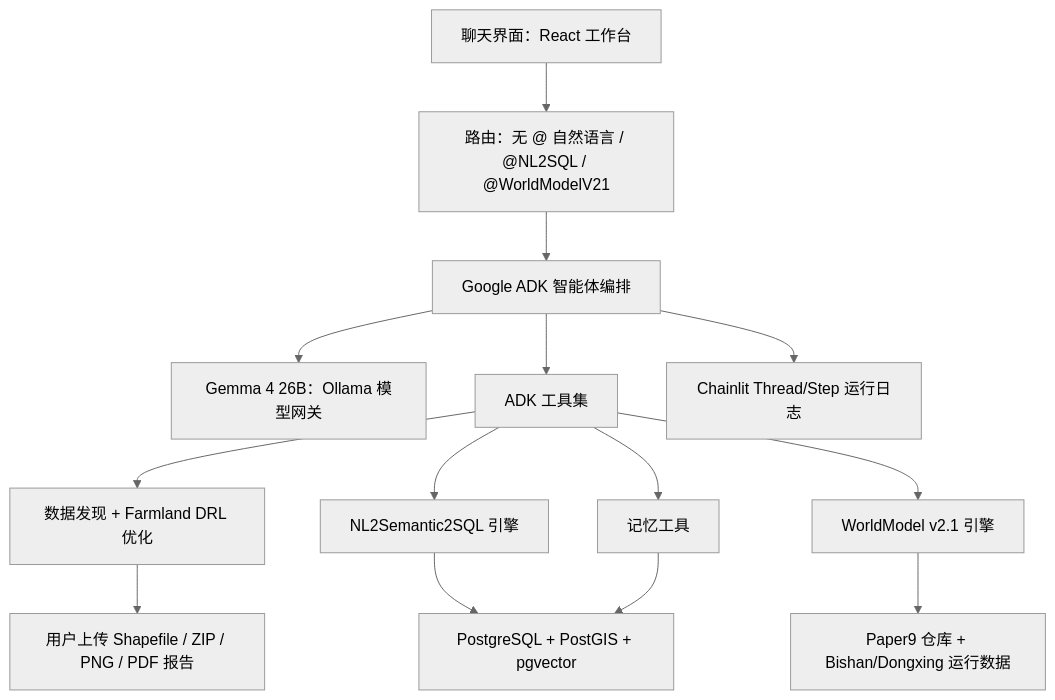
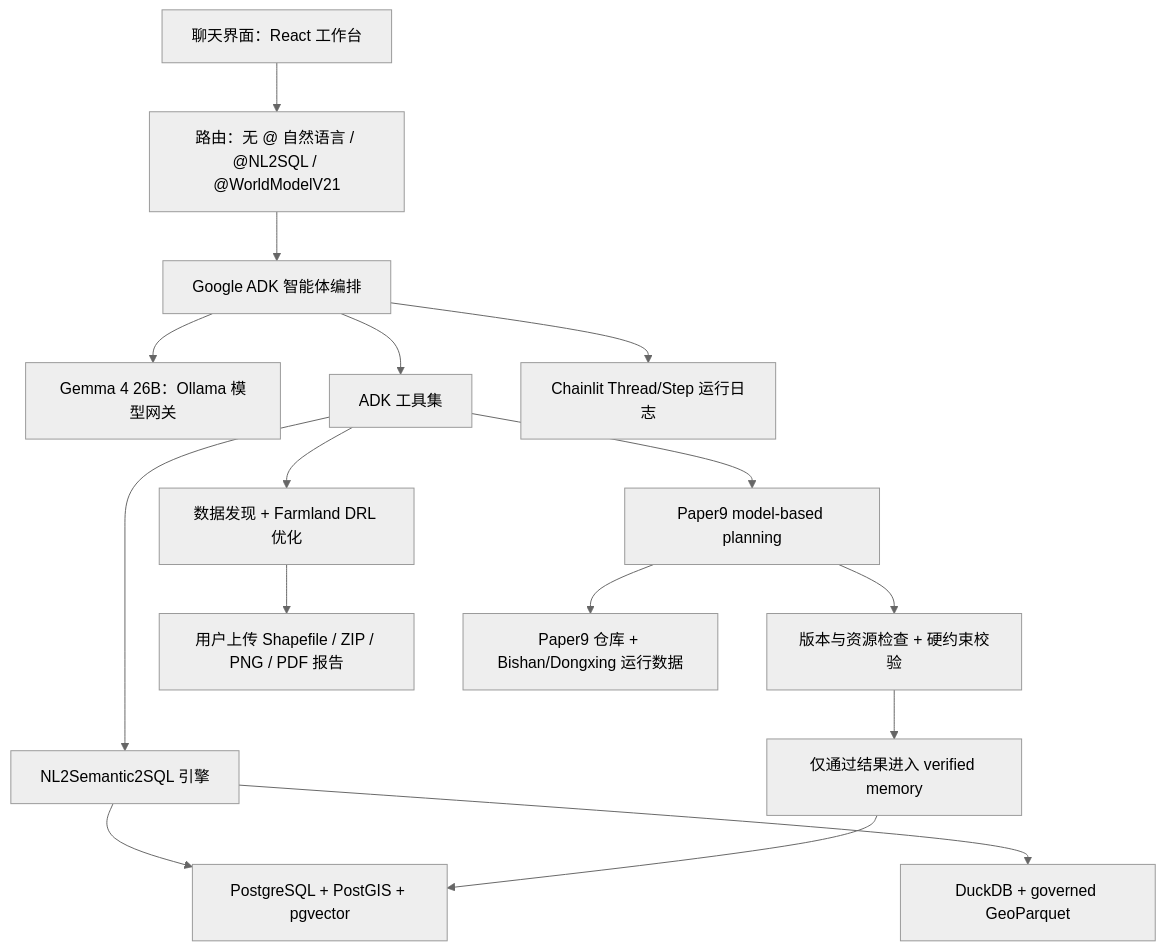
One commit to zhouning/gisdataagent changed the diagram in README.md. Above: the diagram before and after it, drawn with Mermaid (neutral theme). The commit also changed other lines of this file and 1402 other files, not shown here.

````diff
--- a/README.md
+++ b/README.md
@@ -200,16 +258,18 @@
 ```mermaid
 flowchart TB
   U["聊天界面：React 工作台"] --> R["路由：无 @ 自然语言 / @NL2SQL / @WorldModelV21"]
   R --> A["Google ADK 智能体编排"]
   A --> M["Gemma 4 26B：Ollama 模型网关"]
   A --> T["ADK 工具集"]
   T --> F["数据发现 + Farmland DRL 优化"]
   T --> N["NL2Semantic2SQL 引擎"]
-  T --> W["WorldModel v2.1 引擎"]
-  T --> MEM["记忆工具"]
+  T --> W["Paper9 model-based planning"]
+  W --> G["版本与资源检查 + 硬约束校验"]
+  G --> MEM["仅通过结果进入 verified memory"]
   F --> FS1["用户上传 Shapefile / ZIP / PNG / PDF 报告"]
   N --> PG["PostgreSQL + PostGIS + pgvector"]
+  N --> LAKE["DuckDB + governed GeoParquet"]
   MEM --> PG
   W --> FS["Paper9 仓库 + Bishan/Dongxing 运行数据"]
   A --> LOG["Chainlit Thread/Step 运行日志"]
 ```
````
